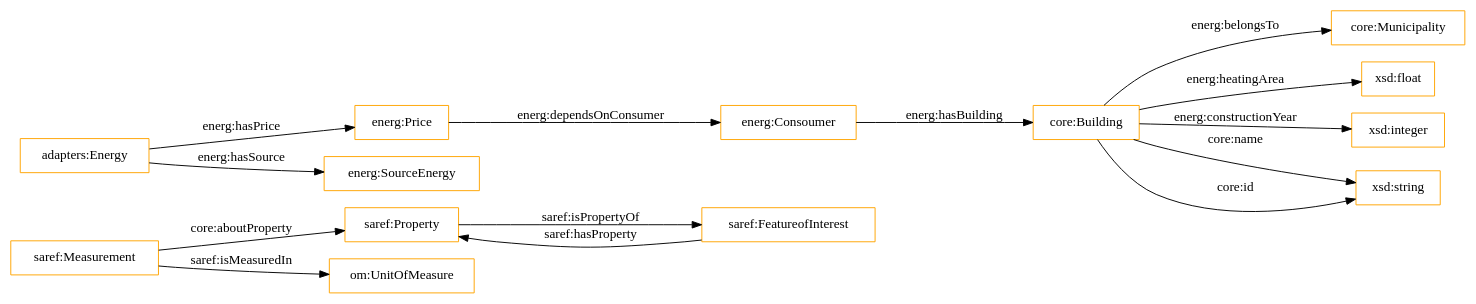
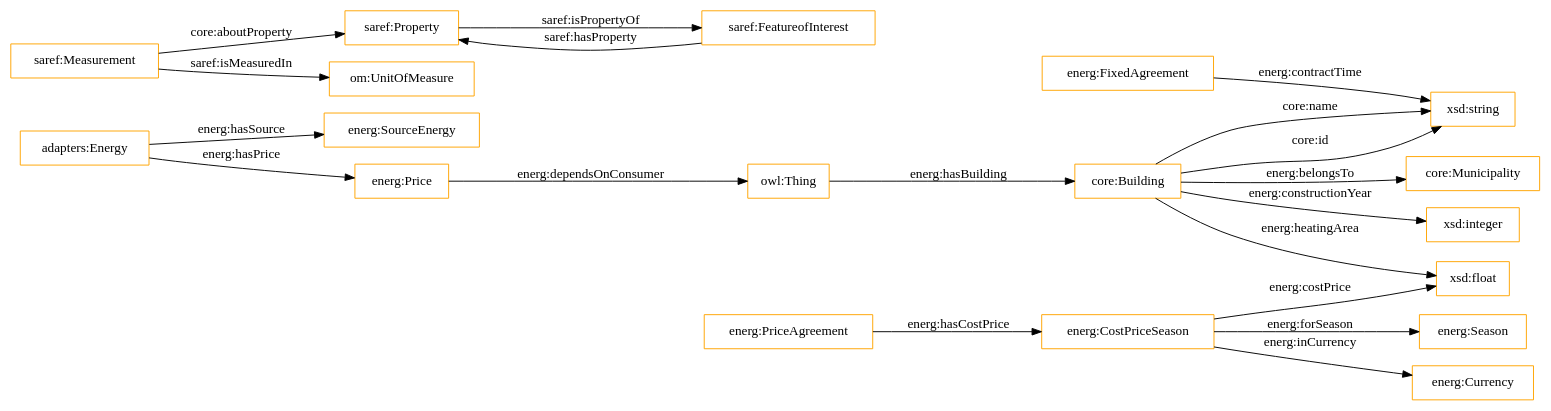
Before and after one commit to oeg-upm/auroral-energy-ontology: the diagram in OnToology/ontology/ontology.ttl/diagrams/ar2dtool-class/ontology.ttl.png.dot, drawn with Graphviz. The commit also changed 13 other files, not shown here.

```diff
--- a/OnToology/ontology/ontology.ttl/diagrams/ar2dtool-class/ontology.ttl.png.dot
+++ b/OnToology/ontology/ontology.ttl/diagrams/ar2dtool-class/ontology.ttl.png.dot
@@ -1,19 +1,24 @@
 digraph ar2dtool_diagram { 
 rankdir=LR;
 size="1501"
-node [shape = rectangle, color="orange"]; "saref:Property" "energ:Price" "energ:SourceEnergy" "core:Building" "core:Municipality" "om:UnitOfMeasure" "saref:FeatureofInterest" "saref:Measurement" "energ:Consoumer" "adapters:Energy" ; /*classes style*/
+node [shape = rectangle, color="orange"]; "energ:CostPriceSeason" "energ:FixedAgreement" "energ:PriceAgreement" "saref:Property" "energ:SourceEnergy" "energ:Price" "core:Building" "core:Municipality" "om:UnitOfMeasure" "energ:Season" "energ:Currency" "saref:FeatureofInterest" "saref:Measurement" "adapters:Energy" ; /*classes style*/
+	"energ:FixedAgreement" -> "xsd:string" [ label = "energ:contractTime" ];
+	"energ:CostPriceSeason" -> "energ:Season" [ label = "energ:forSeason" ];
+	"core:Building" -> "xsd:integer" [ label = "energ:constructionYear" ];
+	"core:Building" -> "core:Municipality" [ label = "energ:belongsTo" ];
 	"core:Building" -> "xsd:float" [ label = "energ:heatingArea" ];
-	"core:Building" -> "core:Municipality" [ label = "energ:belongsTo" ];
-	"core:Building" -> "xsd:integer" [ label = "energ:constructionYear" ];
-	"energ:Price" -> "energ:Consoumer" [ label = "energ:dependsOnConsumer" ];
+	"energ:Price" -> "owl:Thing" [ label = "energ:dependsOnConsumer" ];
 	"saref:FeatureofInterest" -> "saref:Property" [ label = "saref:hasProperty" ];
 	"core:Building" -> "xsd:string" [ label = "core:name" ];
 	"adapters:Energy" -> "energ:Price" [ label = "energ:hasPrice" ];
 	"saref:Measurement" -> "om:UnitOfMeasure" [ label = "saref:isMeasuredIn" ];
 	"saref:Measurement" -> "saref:Property" [ label = "core:aboutProperty" ];
-	"energ:Consoumer" -> "core:Building" [ label = "energ:hasBuilding" ];
+	"energ:CostPriceSeason" -> "energ:Currency" [ label = "energ:inCurrency" ];
+	"energ:CostPriceSeason" -> "xsd:float" [ label = "energ:costPrice" ];
+	"energ:PriceAgreement" -> "energ:CostPriceSeason" [ label = "energ:hasCostPrice" ];
+	"owl:Thing" -> "core:Building" [ label = "energ:hasBuilding" ];
 	"adapters:Energy" -> "energ:SourceEnergy" [ label = "energ:hasSource" ];
 	"saref:Property" -> "saref:FeatureofInterest" [ label = "saref:isPropertyOf" ];
 	"core:Building" -> "xsd:string" [ label = "core:id" ];
 
 }
```
